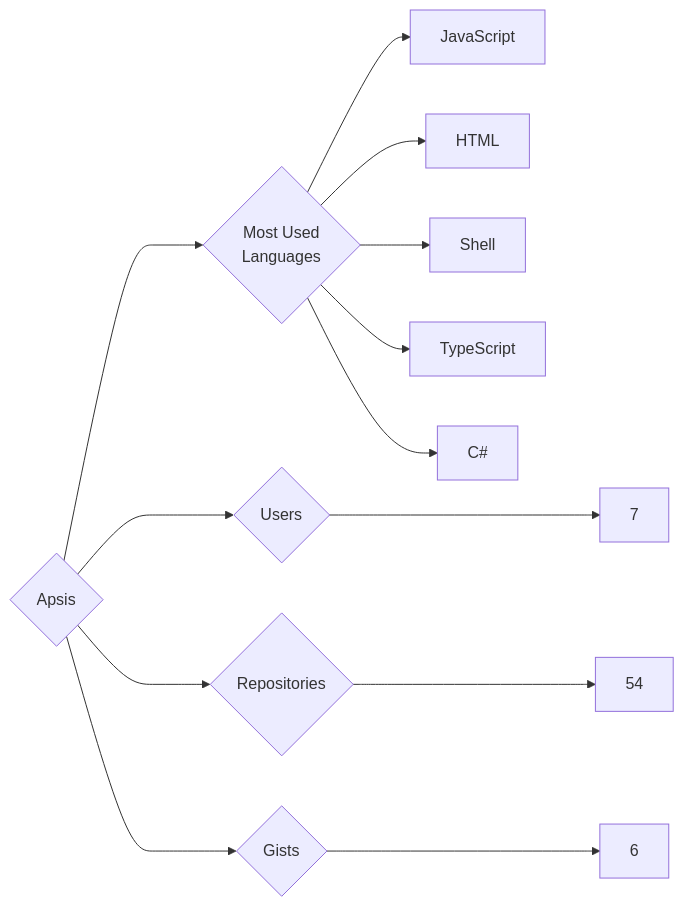
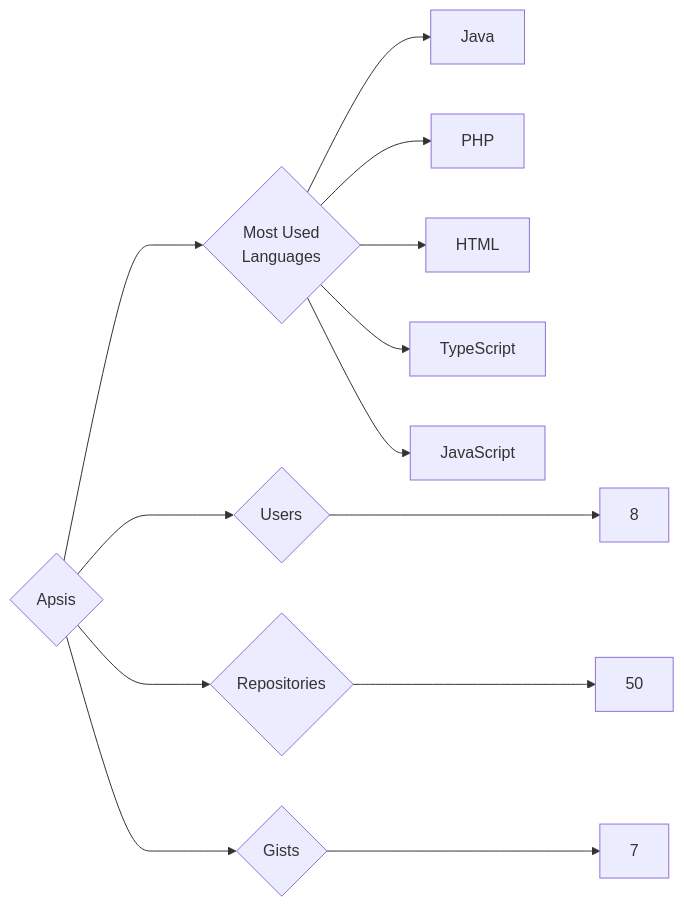
One commit to trickest/insiders changed the diagram in targets/Apsis/README.md. Above: the diagram before and after it, drawn with Mermaid. The commit also changed 944 other files, not shown here.

````diff
--- a/targets/Apsis/README.md
+++ b/targets/Apsis/README.md
@@ -3,13 +3,13 @@
 ```mermaid
 graph LR
 COMPANY_NAME{Apsis}
-COMPANY_NAME ---> U{Users} ---> UN[7]
-COMPANY_NAME ---> R{Repositories} ---> RN[54]
-COMPANY_NAME ---> G{Gists} ---> GN[6]
+COMPANY_NAME ---> U{Users} ---> UN[8]
+COMPANY_NAME ---> R{Repositories} ---> RN[50]
+COMPANY_NAME ---> G{Gists} ---> GN[7]
 COMPANY_NAME ---> ML{Most Used<br>Languages}
+ML --> Java[Java]
+ML --> PHP[PHP]
+ML --> HTML[HTML]
+ML --> TypeScript[TypeScript]
 ML --> JavaScript[JavaScript]
-ML --> HTML[HTML]
-ML --> Shell[Shell]
-ML --> TypeScript[TypeScript]
-ML --> C#[C#]
 ```
````
